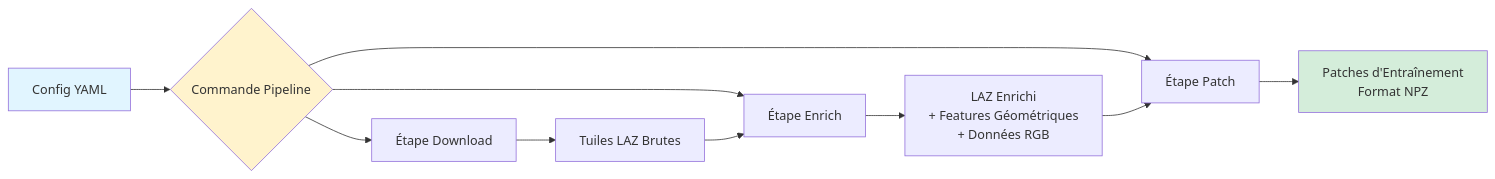
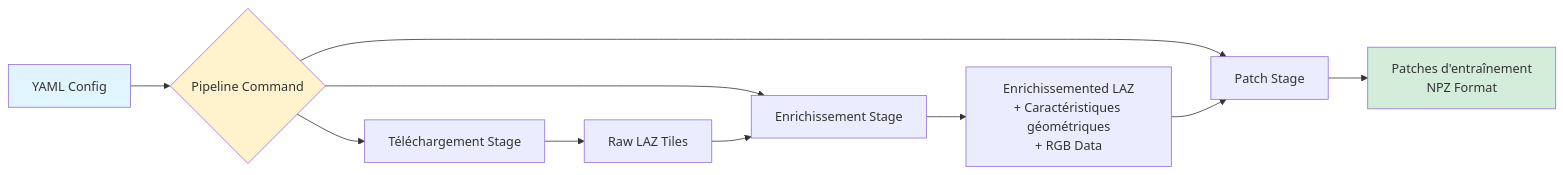
Before and after one commit to sducournau/IGN_LIDAR_HD_DATASET: the second of 3 diagrams in website/i18n/fr/docusaurus-plugin-content-docs/current/reference/workflow-diagrams.md, drawn with Mermaid. The commit also changed other lines of this file and 42 other files, not shown here.

````diff
--- a/website/i18n/fr/docusaurus-plugin-content-docs/current/reference/workflow-diagrams.md
+++ b/website/i18n/fr/docusaurus-plugin-content-docs/current/reference/workflow-diagrams.md
@@ -53,16 +53,16 @@
 ```mermaid
 graph LR
-    A[Config YAML] --> B{Commande Pipeline}
-    B --> C[Étape Download]
-    B --> D[Étape Enrich]
-    B --> E[Étape Patch]
-    C --> F[Tuiles LAZ Brutes]
+    A[YAML Config] --> B{Pipeline Command}
+    B --> C[Téléchargement Stage]
+    B --> D[Enrichissement Stage]
+    B --> E[Patch Stage]
+    C --> F[Raw LAZ Tiles]
     F --> D
-    D --> G[LAZ Enrichi<br/>+ Features Géométriques<br/>+ Données RGB]
+    D --> G[Enrichissemented LAZ<br/>+ Caractéristiques géométriques<br/>+ RGB Data]
     G --> E
-    E --> H[Patches d'Entraînement<br/>Format NPZ]
+    E --> H[Patches d'entraînement<br/>NPZ Format]
 
     style A fill:#e1f5ff
     style B fill:#fff3cd
     style H fill:#d4edda
 ```
````
